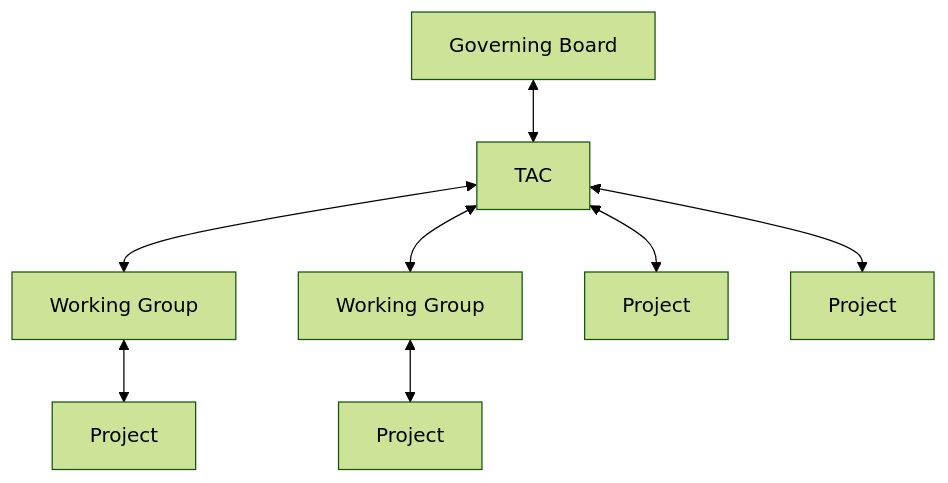
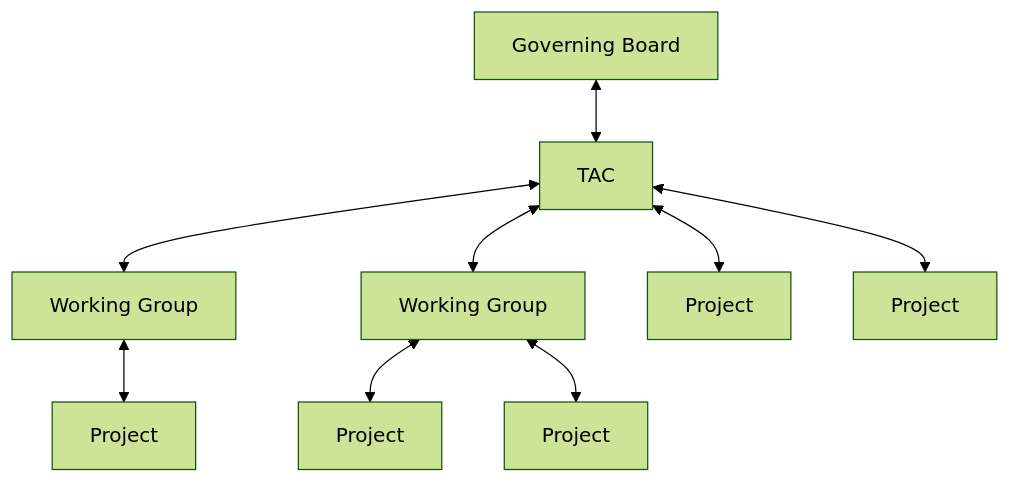
The diagram in process/README.md (ossf/tac), drawn with Mermaid (forest theme) before and after one commit.

Commit message:
Add project to working group

````diff
--- a/process/README.md
+++ b/process/README.md
@@ -38,10 +38,11 @@
 ```mermaid
 flowchart TD
     A[Governing Board] <--> B[TAC]
     B <--> C[Working Group]
     B <--> E[Working Group]
     C <--> D[Project]
     B <--> F[Project]
     B <--> G[Project]
     E <--> H[Project]
+    E <--> I[Project]
 ```
````
